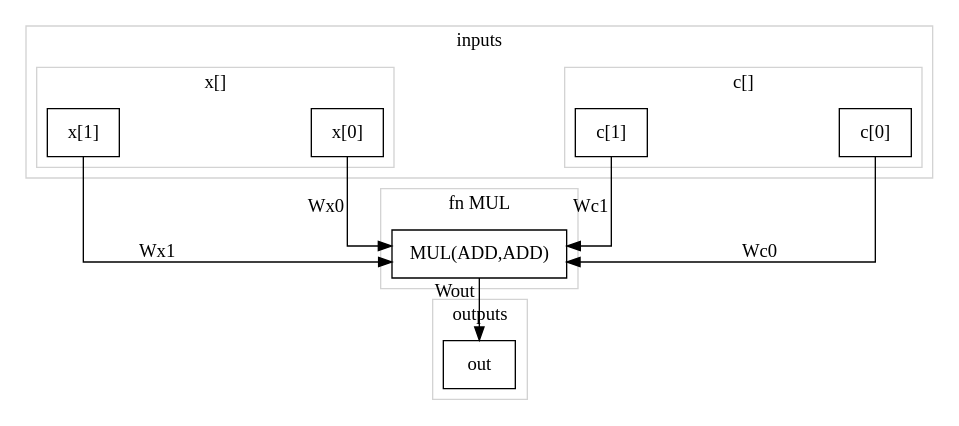
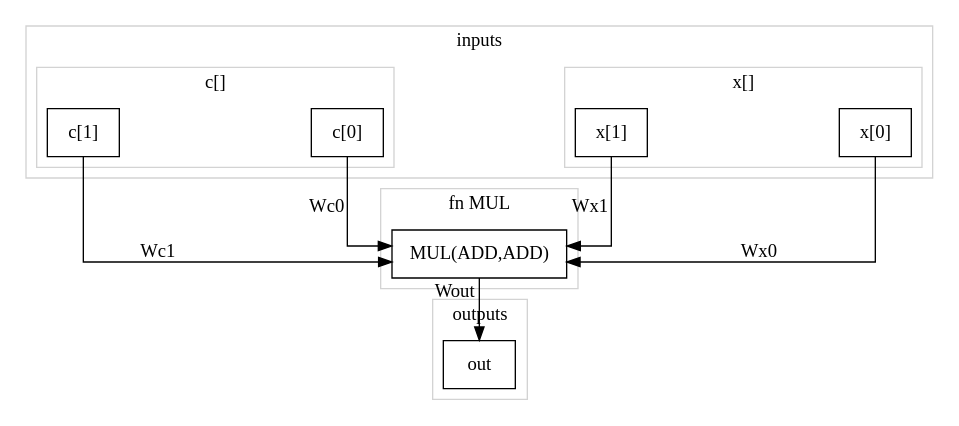
Before and after one commit to LeastAuthority/moonmath-manual: the diagram in SIMPLEARRAYCIRC.dot, drawn with Graphviz. The commit also changed other lines of this file and 51 other files, not shown here.

```diff
--- a/SIMPLEARRAYCIRC.dot
+++ b/SIMPLEARRAYCIRC.dot
@@ -1,49 +1,49 @@
 digraph SIMPLEARRAYCIRC {
 	graph [center=true,
 		forcelabels=true,
 		nodesep=2.0,
 		splines=ortho
 	];
-	subgraph cluster_expression {
-		graph [color=lightgray,
-			label="fn MUL"
-		];
-		nexp1	[label="MUL(ADD,ADD)",
-			shape=box];
-	}
 	subgraph cluster_input {
 		graph [color=lightgray,
 			label=inputs
 		];
+		subgraph cluster_array1 {
+			graph [color=lightgray,
+				label="x[]"
+			];
+			nx1	[label="x[0]",
+				shape=box];
+			nx2	[label="x[1]",
+				shape=box];
+		}
 		subgraph cluster_array2 {
 			graph [color=lightgray,
 				label="c[]"
 			];
 			nc1	[label="c[0]",
 				shape=box];
 			nc2	[label="c[1]",
 				shape=box];
 		}
-		subgraph cluster_array1 {
-			graph [color=lightgray,
-				label="x[]"
-			];
-			nx1	[label="x[0]",
-				shape=box];
-			nx2	[label="x[1]",
-				shape=box];
-		}
+	}
+	subgraph cluster_expression {
+		graph [color=lightgray,
+			label="fn MUL"
+		];
+		nexp1	[label="MUL(ADD,ADD)",
+			shape=box];
 	}
 	subgraph cluster_output {
 		graph [color=lightgray,
 			label=outputs
 		];
 		nout1	[label=out,
 			shape=box];
 	}
 	nx1 -> nexp1	[xlabel=Wx0];
 	nx2 -> nexp1	[xlabel=Wx1];
 	nc1 -> nexp1	[xlabel=Wc0];
 	nc2 -> nexp1	[xlabel=Wc1];
 	nexp1 -> nout1	[xlabel=Wout];
 }
```
